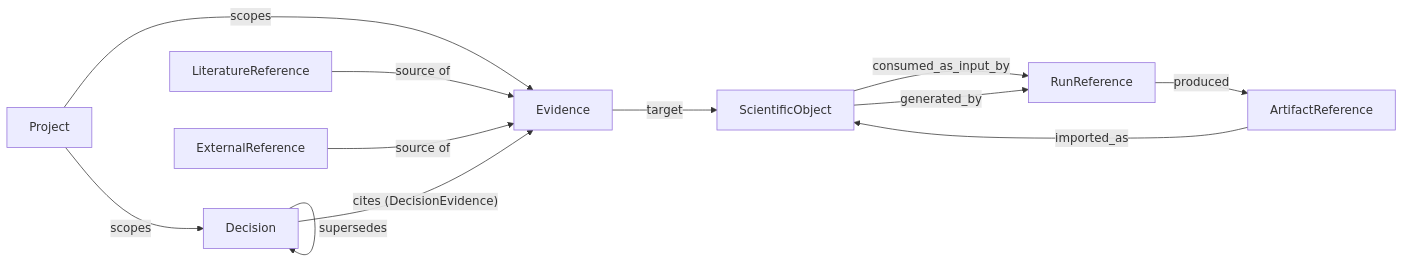
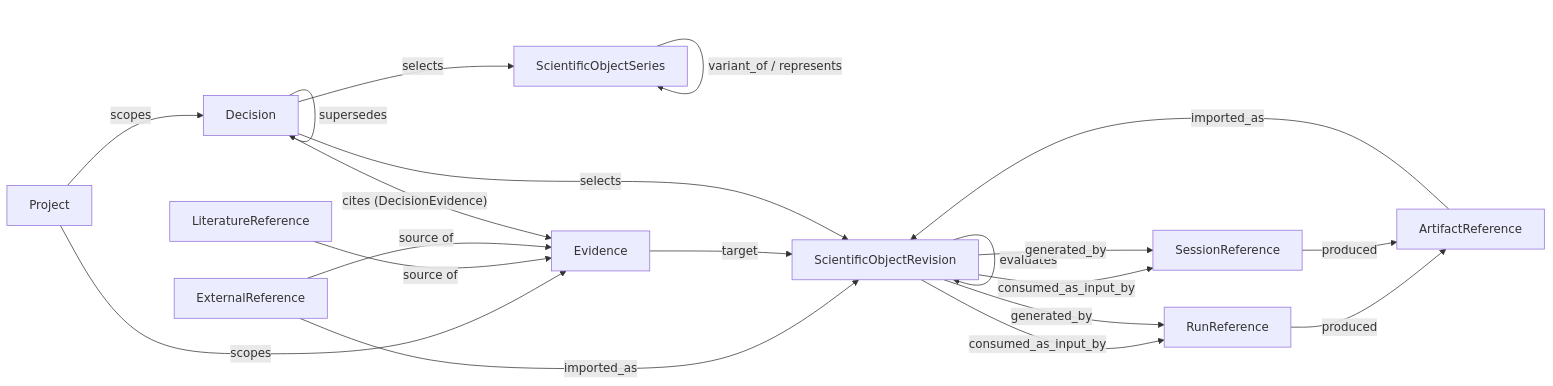
The third of 6 diagrams in docs/architecture/SYSTEM_ARCHITECTURE.md (YaoYinYing/REvoLab), drawn with Mermaid before and after one commit. The commit also changed other lines of this file and 15 other files, not shown here.

````diff
--- a/docs/architecture/SYSTEM_ARCHITECTURE.md
+++ b/docs/architecture/SYSTEM_ARCHITECTURE.md
@@ -183,23 +183,34 @@
 ```mermaid
 flowchart LR
     Proj["Project"]
-    Obj["ScientificObject"]
+    Ser["ScientificObjectSeries"]
+    Rev["ScientificObjectRevision"]
     RunR["RunReference"]
+    SesR["SessionReference"]
     ArtR["ArtifactReference"]
     LitR["LiteratureReference"]
     ExtR["ExternalReference"]
     Ev["Evidence"]
     Dec["Decision"]
 
     Proj -- scopes --> Dec
     Proj -- scopes --> Ev
+    Ser -- variant_of / represents --> Ser
+    Rev -- derived_from --> Rev
+    Rev -- evaluates --> Rev
+    Rev -- consumed_as_input_by --> RunR
+    Rev -- consumed_as_input_by --> SesR
     RunR -- produced --> ArtR
-    Obj -- consumed_as_input_by --> RunR
-    ArtR -- imported_as --> Obj
-    Obj -- generated_by --> RunR
+    SesR -- produced --> ArtR
+    ArtR -- imported_as --> Rev
+    ExtR -- imported_as --> Rev
+    Rev -- generated_by --> RunR
+    Rev -- generated_by --> SesR
     LitR -- source of --> Ev
     ExtR -- source of --> Ev
-    Ev -- target --> Obj
+    Ev -- target --> Rev
+    Dec -- selects --> Ser
+    Dec -- selects --> Rev
     Dec -- cites (DecisionEvidence) --> Ev
     Dec -- supersedes --> Dec
 ```
````
